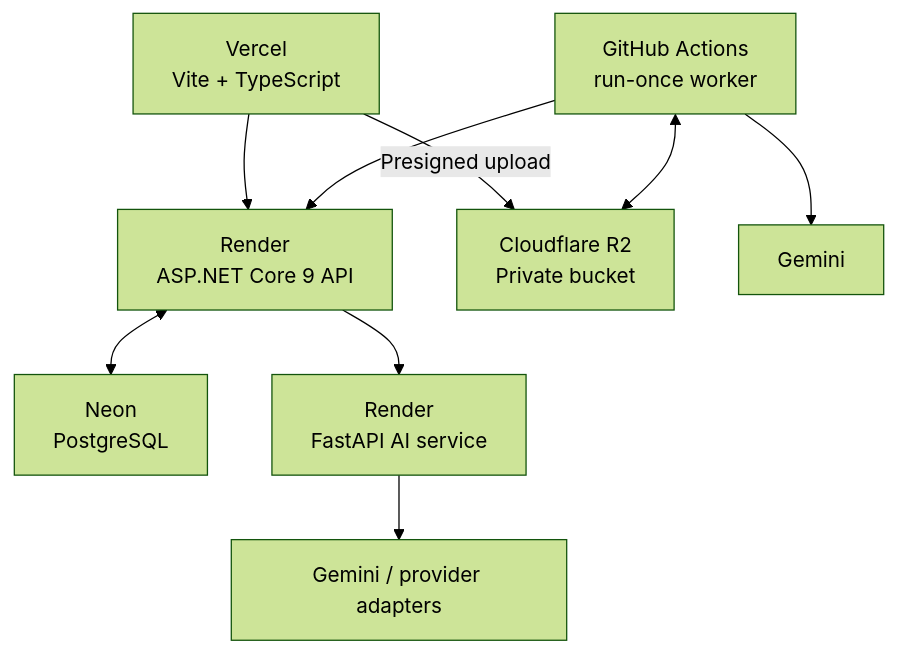
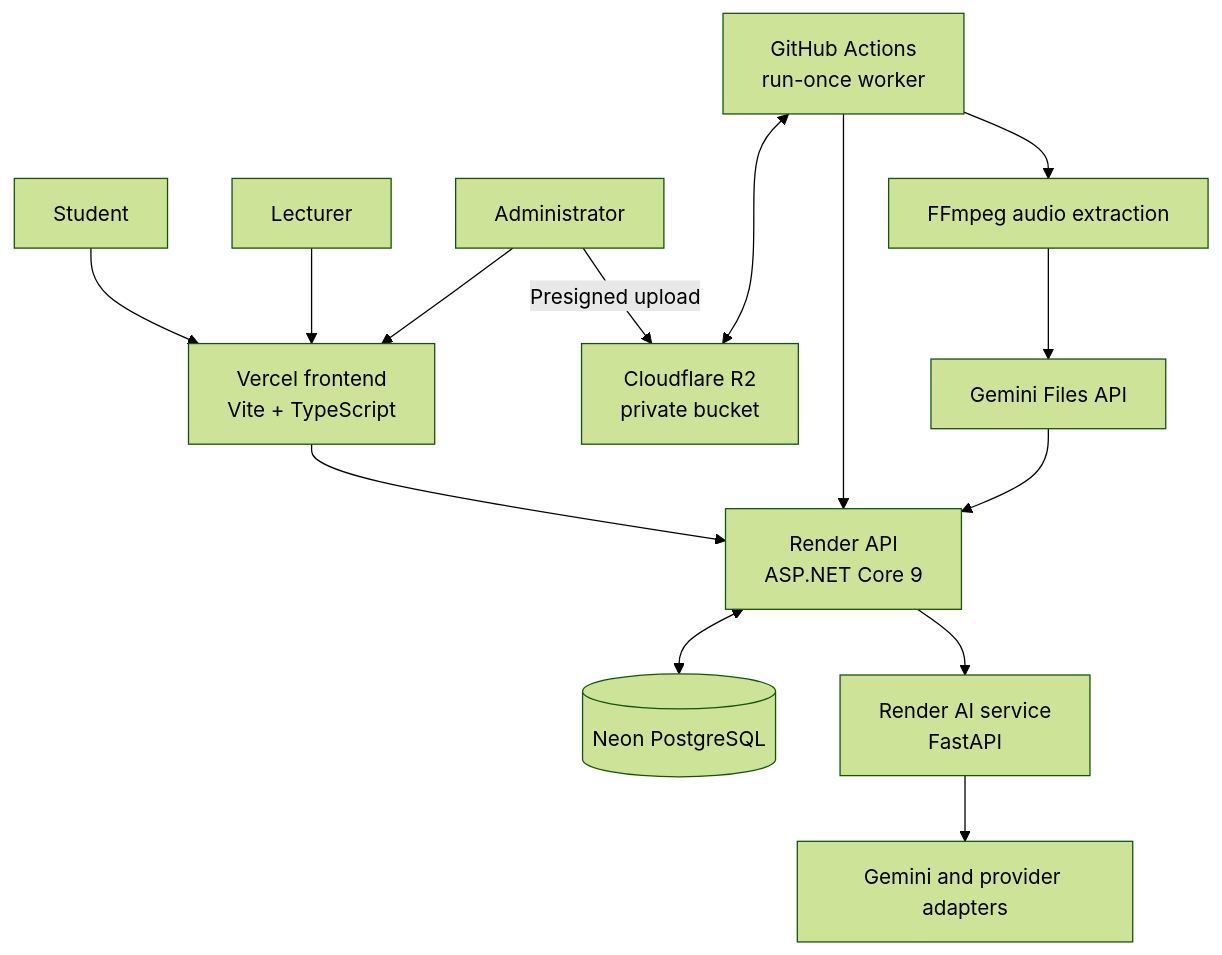
One commit to voy32103-code/KLTN changed the first of 2 diagrams in README.md. Above: the diagram before and after it, drawn with Mermaid (forest theme). The commit also changed other lines of this file and 15 other files, not shown here.

````diff
--- a/README.md
+++ b/README.md
@@ -133,11 +23,18 @@
 ```mermaid
 flowchart TB
-    FE["Vercel\nVite + TypeScript"] --> API["Render\nASP.NET Core 9 API"]
-    API <--> DB["Neon\nPostgreSQL"]
-    API --> AI["Render\nFastAPI AI service"]
-    FE -->|"Presigned upload"| R2["Cloudflare R2\nPrivate bucket"]
-    GH["GitHub Actions\nrun-once worker"] --> API
-    GH <--> R2
-    GH --> GEM["Gemini"]
-    AI --> LLM["Gemini / provider adapters"]
+    Student[Student] --> Web[Vercel frontend<br/>Vite + TypeScript]
+    Lecturer[Lecturer] --> Web
+    Admin[Administrator] --> Web
+
+    Web --> API[Render API<br/>ASP.NET Core 9]
+    API <--> DB[(Neon PostgreSQL)]
+    API --> AI[Render AI service<br/>FastAPI]
+    AI --> Provider[Gemini and provider adapters]
+
+    Admin -->|Presigned upload| R2[Cloudflare R2<br/>private bucket]
+    Worker[GitHub Actions<br/>run-once worker] --> API
+    Worker <--> R2
+    Worker --> FFmpeg[FFmpeg audio extraction]
+    FFmpeg --> GeminiFiles[Gemini Files API]
+    GeminiFiles --> API
 ```
````
